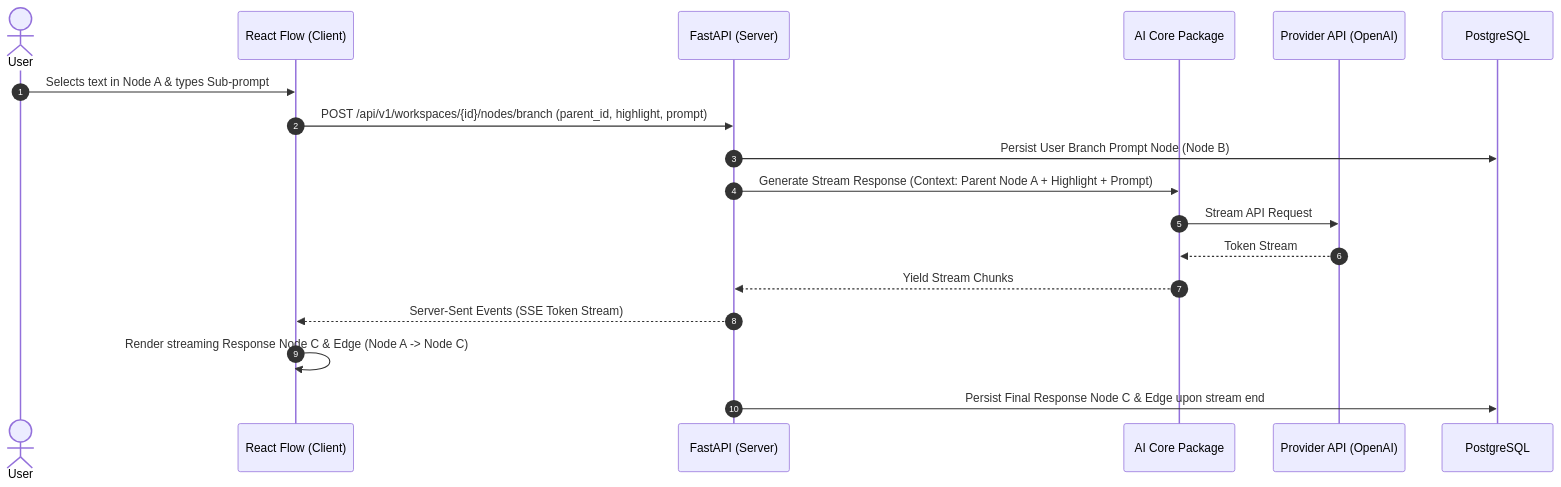
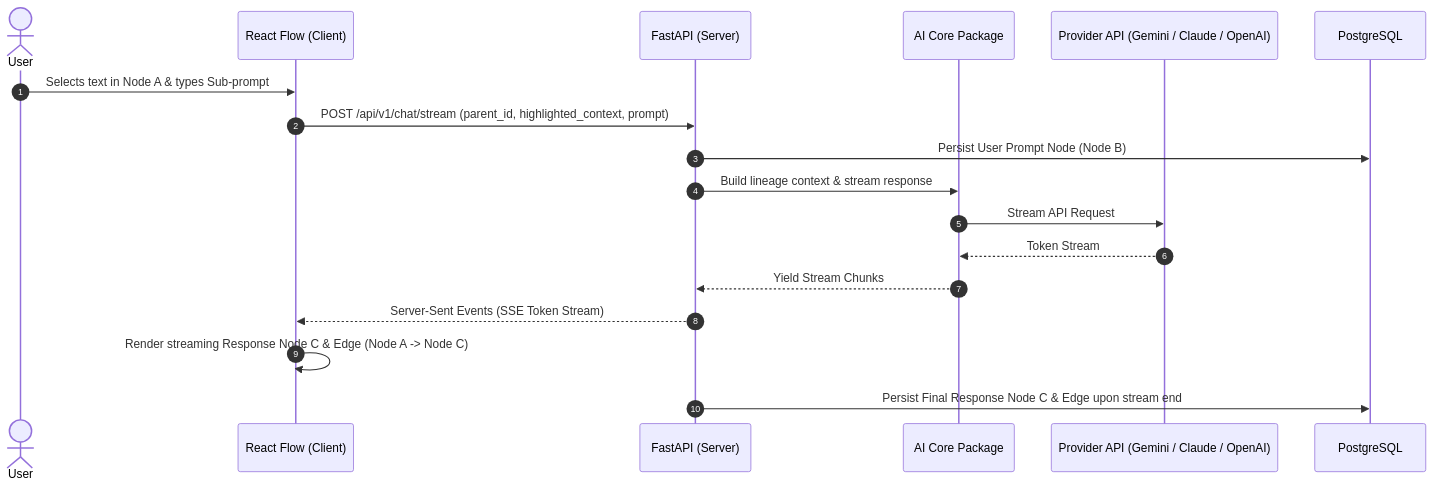
The third of 4 diagrams in docs/ARCHITECTURE.md (beingbalveer/GraphMind), drawn with Mermaid before and after one commit. The commit also changed other lines of this file and 8 other files, not shown here.

Commit message:
docs: update READMEs, architecture specs, and roadmap metadata

````diff
--- a/docs/ARCHITECTURE.md
+++ b/docs/ARCHITECTURE.md
@@ -137,21 +158,21 @@
 ```mermaid
 sequenceDiagram
     autonumber
     actor User
     participant Canvas as React Flow (Client)
     participant API as FastAPI (Server)
     participant AICore as AI Core Package
-    participant LLM as Provider API (OpenAI)
+    participant LLM as Provider API (Gemini / Claude / OpenAI)
     participant DB as PostgreSQL
 
     User->>Canvas: Selects text in Node A & types Sub-prompt
-    Canvas->>API: POST /api/v1/workspaces/{id}/nodes/branch (parent_id, highlight, prompt)
-    API->>DB: Persist User Branch Prompt Node (Node B)
-    API->>AICore: Generate Stream Response (Context: Parent Node A + Highlight + Prompt)
+    Canvas->>API: POST /api/v1/chat/stream (parent_id, highlighted_context, prompt)
+    API->>DB: Persist User Prompt Node (Node B)
+    API->>AICore: Build lineage context & stream response
     AICore->>LLM: Stream API Request
     LLM-->>AICore: Token Stream
     AICore-->>API: Yield Stream Chunks
     API-->>Canvas: Server-Sent Events (SSE Token Stream)
     Canvas->>Canvas: Render streaming Response Node C & Edge (Node A -> Node C)
     API->>DB: Persist Final Response Node C & Edge upon stream end
 ```
````
